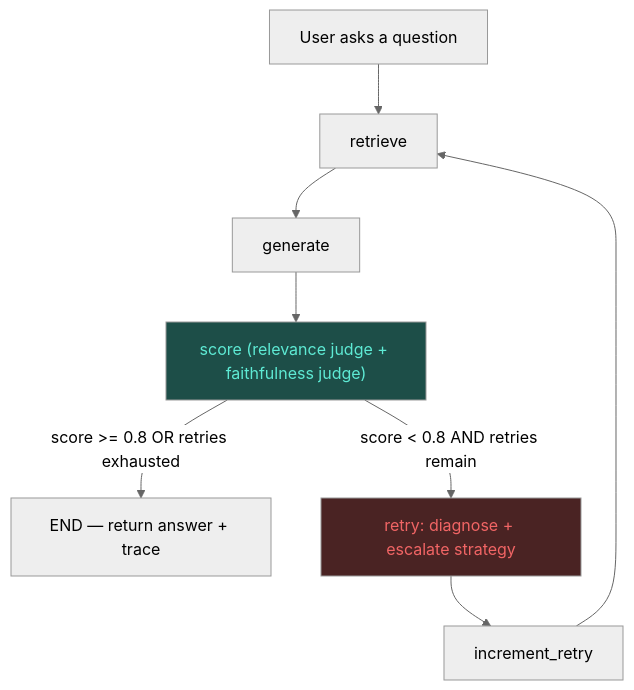
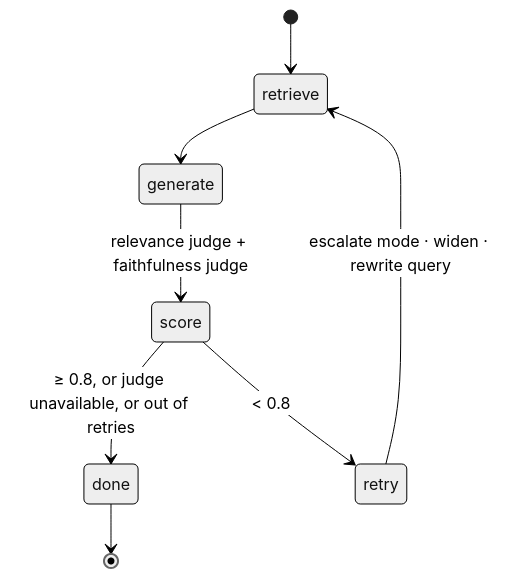
One commit to vsh0711/ResilientRAG changed the second of 2 diagrams in README.md. Above: the diagram before and after it, drawn with Mermaid (neutral theme). The commit also changed other lines of this file and 20 other files, not shown here.

````diff
--- a/README.md
+++ b/README.md
@@ -29,13 +43,10 @@
 ```mermaid
-flowchart TD
-    A[User asks a question] --> B[retrieve]
-    B --> C[generate]
-    C --> D["score (relevance judge + faithfulness judge)"]
-    D -->|score >= 0.8 OR retries exhausted| E[END — return answer + trace]
-    D -->|score < 0.8 AND retries remain| F[retry: diagnose + escalate strategy]
-    F --> G[increment_retry]
-    G --> B
-
-    style D fill:#1d4e48,color:#5eead4
-    style F fill:#4a2323,color:#f16565
+stateDiagram-v2
+    [*] --> retrieve
+    retrieve --> generate
+    generate --> score: relevance judge + faithfulness judge
+    score --> done: ≥ 0.8, or judge unavailable, or out of retries
+    score --> retry: < 0.8
+    retry --> retrieve: escalate mode · widen · rewrite query
+    done --> [*]
 ```
````
